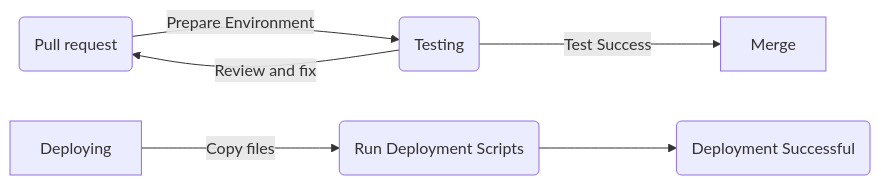
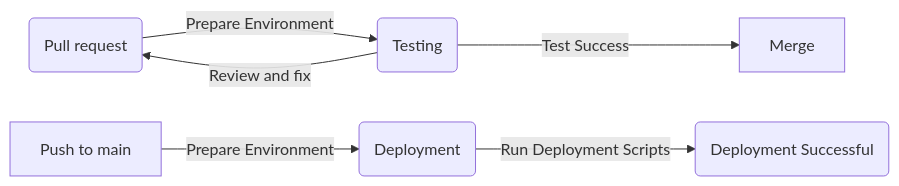
Before and after one commit to ChrisRistoff/nc-news: the diagram in README.md, drawn with Mermaid.

Commit message:
Readme Slight changes to readme, doing this more to test CI

````diff
--- a/README.md
+++ b/README.md
@@ -54,6 +54,6 @@
 ```mermaid
 graph LR
     A(Pull request) -- Prepare Environment--> B(Testing) --Test Success--> C[Merge]
     B -- Review and fix --> A
-    E[Deploying] -- Copy files --> F(Run Deployment Scripts) --> G(Deployment Successful)
+    E[Push to main] -- Prepare Environment --> F(Deployment) -- Run Deployment Scripts --> G(Deployment Successful)
 ```
````
